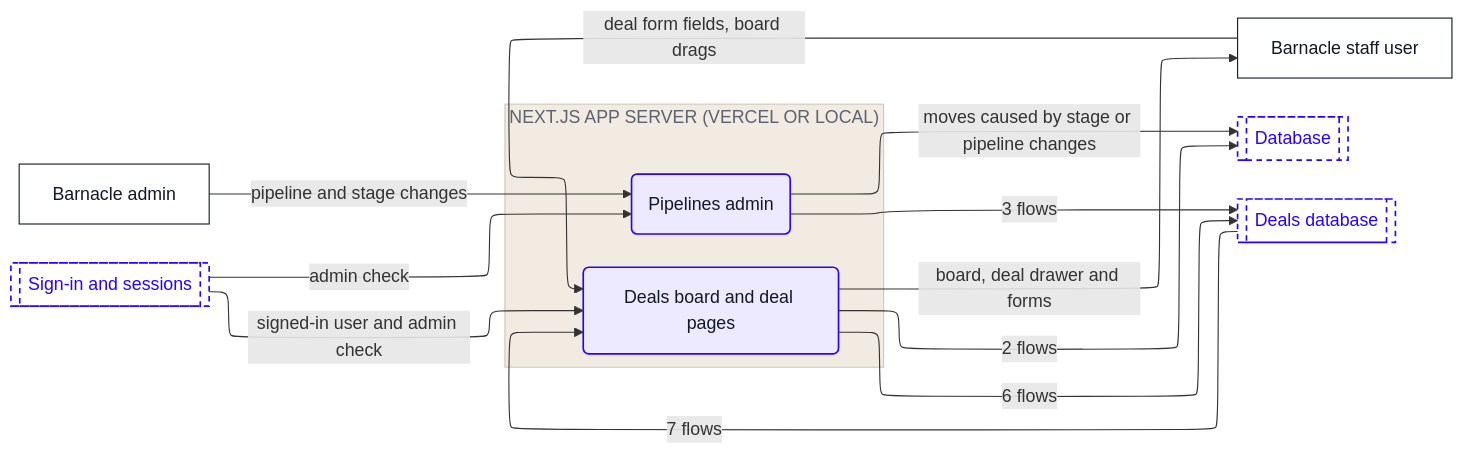
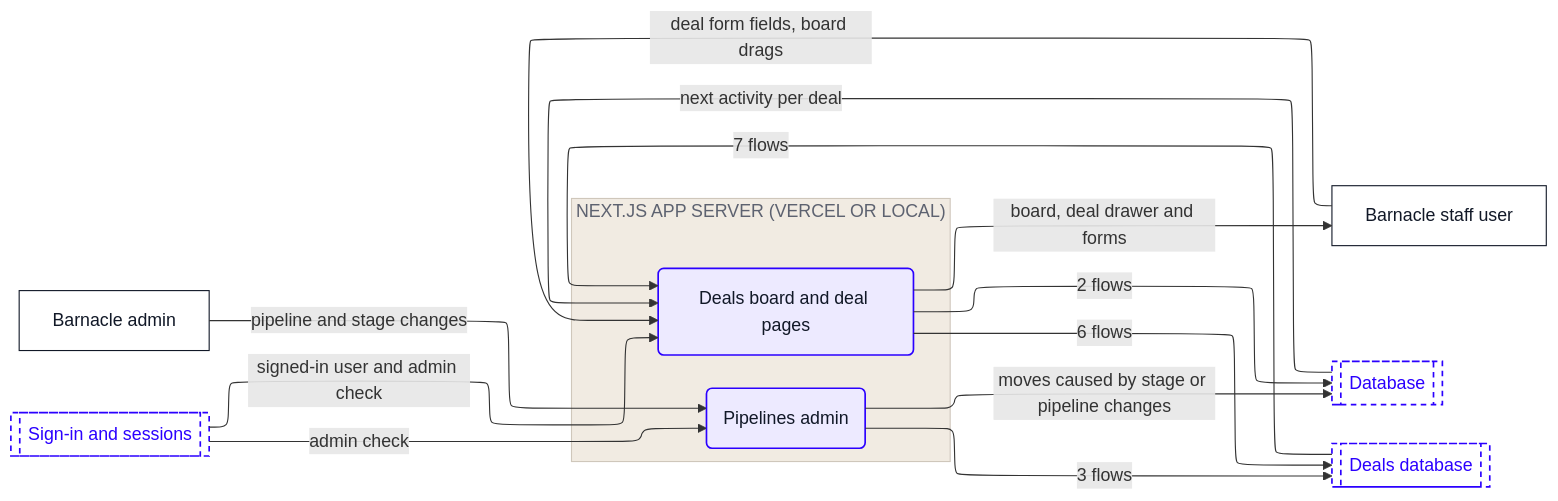
The fifth of 10 diagrams in dataflow/DATAFLOW.md (Romain-Perche/Barnacle-Pipe), drawn with Mermaid before and after one commit. The commit also changed other lines of this file and 12 other files, not shown here.

````diff
--- a/dataflow/DATAFLOW.md
+++ b/dataflow/DATAFLOW.md
@@ -252,36 +259,37 @@
 ```mermaid
 ---
 config:
   layout: elk
 ---
 flowchart LR
     n1["Barnacle admin"]
     n2["Barnacle staff user"]
     subgraph z1["NEXT.JS APP SERVER (VERCEL OR LOCAL)"]
         n3("Deals board and deal pages")
         n4("Pipelines admin")
     end
     n5[["Database"]]
     n6[["Deals database"]]
     n7[["Sign-in and sessions"]]
+    n5 -->|"next activity per deal"| n3
     n1 -->|"pipeline and stage changes"| n4
     n6 -->|"7 flows"| n3
     n3 -->|"6 flows"| n6
     n3 -->|"2 flows"| n5
     n3 -->|"board, deal drawer and forms"| n2
     n4 -->|"3 flows"| n6
     n4 -->|"moves caused by stage or pipeline changes"| n5
     n7 -->|"signed-in user and admin check"| n3
     n7 -->|"admin check"| n4
     n2 -->|"deal form fields, board drags"| n3
     classDef actor fill:#FFFFFF,stroke:#111827,stroke-width:1px,color:#111827
     classDef process fill:#EDEAFF,stroke:#2B00FF,stroke-width:1.5px,color:#111827
     classDef store fill:#FAF6F1,stroke:#111827,stroke-width:1.5px,color:#111827
     classDef zone fill:#1A1A1A,stroke:#1A1A1A,color:#FFFFFF
     classDef group fill:#2B00FF,stroke:#2B00FF,color:#FFFFFF
     classDef stub fill:#FFFFFF,stroke:#2B00FF,stroke-width:1.5px,stroke-dasharray:5 4,color:#2B00FF
     class n1,n2 actor
     class n3,n4 process
     class n5,n6,n7 stub
     style z1 fill:#F1EBE2,stroke:#CFC7BB,color:#5D6270
 ```
````
